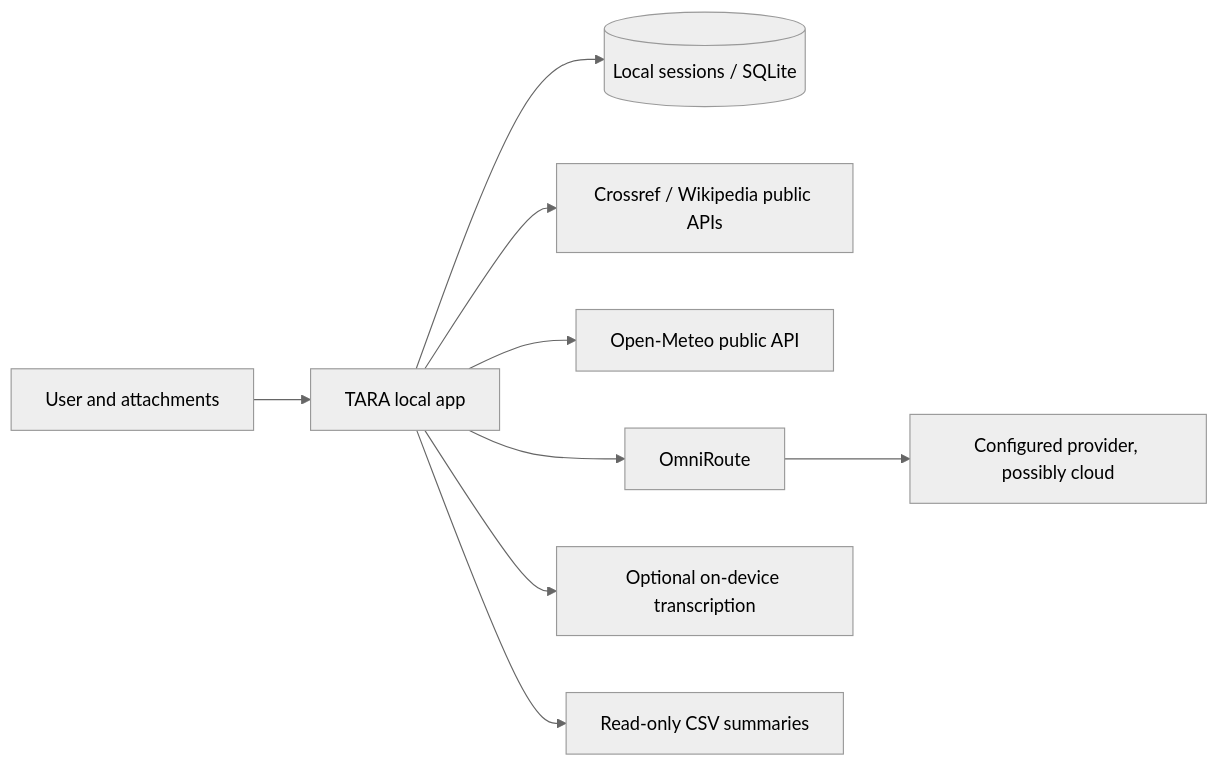
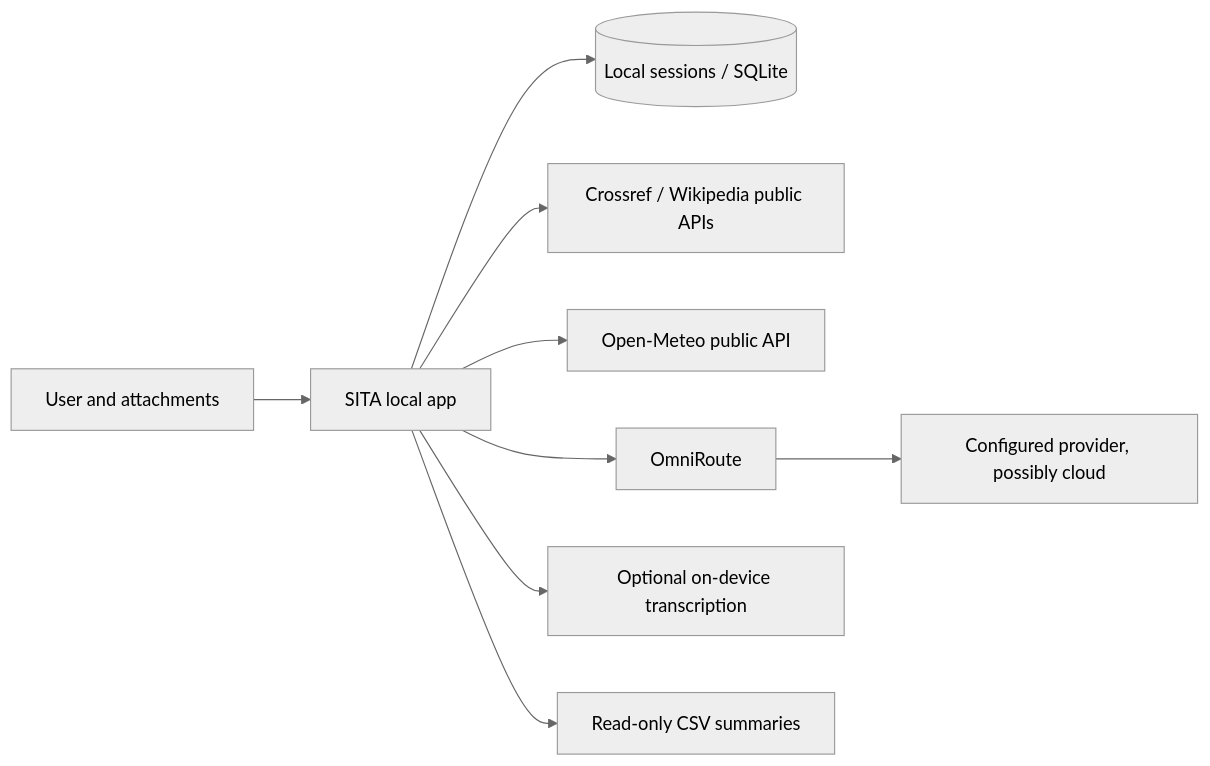
The ninth of 12 diagrams in README.md (deathkernel/SITA), drawn with Mermaid (neutral theme) before and after one commit. The commit also changed other lines of this file and 34 other files, not shown here.

Commit message:
feat: rebrand TARA as SITA with compatibility aliases

````diff
--- a/README.md
+++ b/README.md
@@ -459,11 +459,11 @@
 ```mermaid
 flowchart LR
-  User[User and attachments] --> TARA[TARA local app]
-  TARA --> Local[(Local sessions / SQLite)]
-  TARA --> Research[Crossref / Wikipedia public APIs]
-  TARA --> Weather[Open-Meteo public API]
-  TARA --> Omni[OmniRoute]
+  User[User and attachments] --> SITA[SITA local app]
+  SITA --> Local[(Local sessions / SQLite)]
+  SITA --> Research[Crossref / Wikipedia public APIs]
+  SITA --> Weather[Open-Meteo public API]
+  SITA --> Omni[OmniRoute]
   Omni --> Cloud[Configured provider, possibly cloud]
-  TARA --> Speech[Optional on-device transcription]
-  TARA --> CSV[Read-only CSV summaries]
+  SITA --> Speech[Optional on-device transcription]
+  SITA --> CSV[Read-only CSV summaries]
 ```
````
